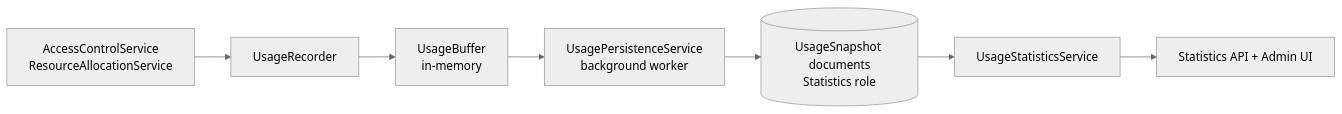
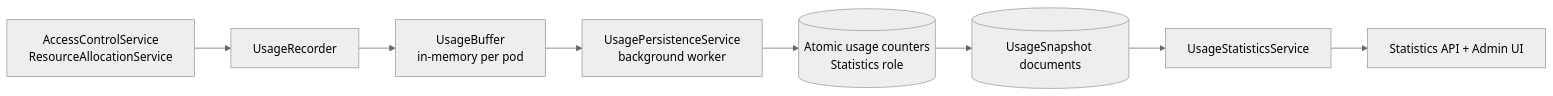
The diagram in docs/core/usage-and-observability.md (ShaharMS/ClientManager), drawn with Mermaid (neutral theme) before and after one commit. The commit also changed other lines of this file and 44 other files, not shown here.

````diff
--- a/docs/core/usage-and-observability.md
+++ b/docs/core/usage-and-observability.md
@@ -24,9 +24,10 @@
 ```mermaid
 flowchart LR
     hot[AccessControlService<br/>ResourceAllocationService] --> rec[UsageRecorder]
-    rec --> buf[UsageBuffer<br/>in-memory]
+    rec --> buf[UsageBuffer<br/>in-memory per pod]
     buf --> persist[UsagePersistenceService<br/>background worker]
-    persist --> snap[(UsageSnapshot documents<br/>Statistics role)]
+    persist --> counters[(Atomic usage counters<br/>Statistics role)]
+    counters --> snap[(UsageSnapshot documents)]
     snap --> stats[UsageStatisticsService]
     stats --> api[Statistics API + Admin UI]
 ```
````
